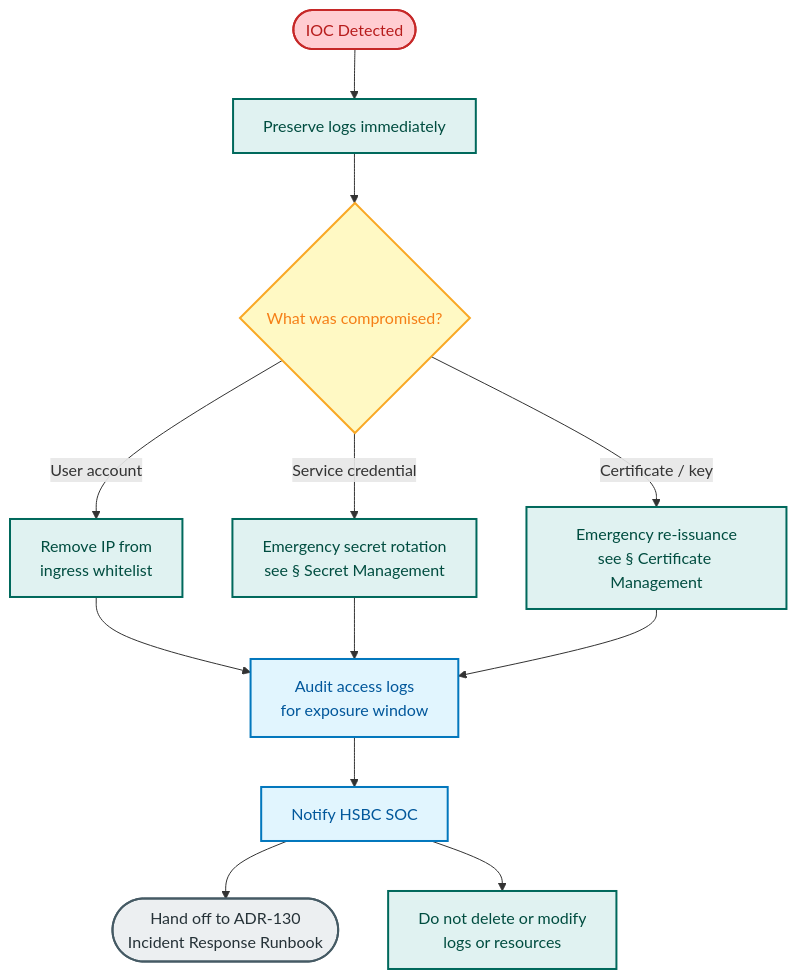
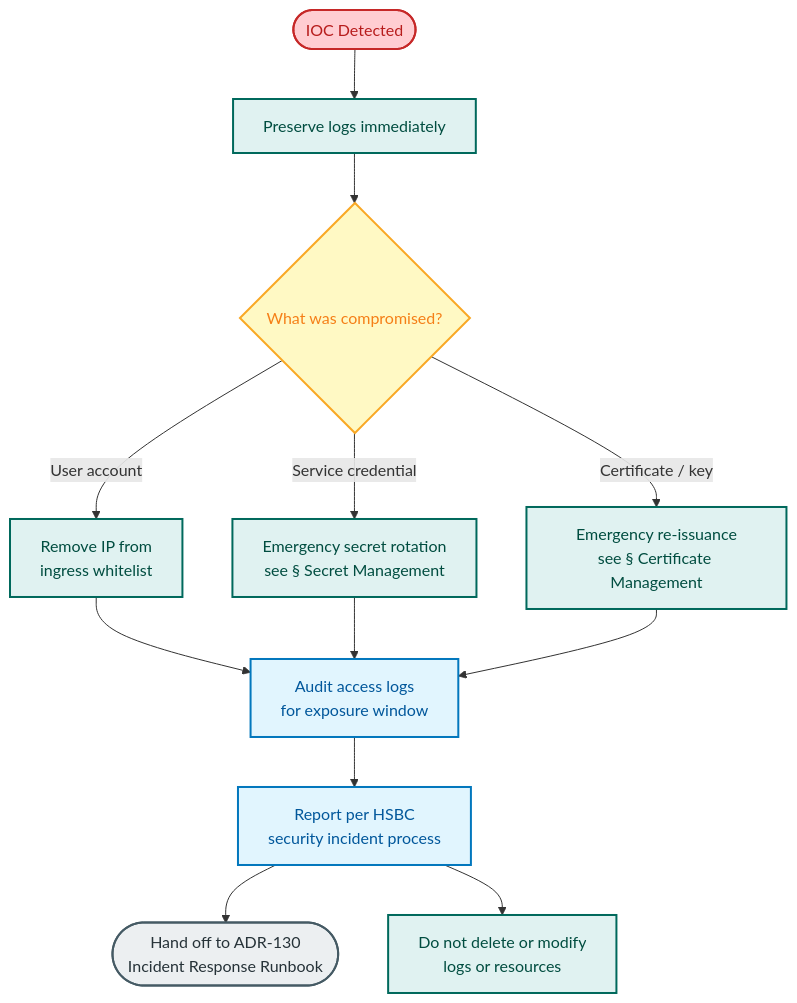
One commit to b4uharsha/newgraph changed the diagram in documentation/src/content/docs/operations/security-operations-runbook.md. Above: the diagram before and after it, drawn with Mermaid. The commit also changed other lines of this file and 88 other files, not shown here.

````diff
--- a/documentation/src/content/docs/operations/security-operations-runbook.md
+++ b/documentation/src/content/docs/operations/security-operations-runbook.md
@@ -458,30 +454,30 @@
 ```mermaid
 flowchart TD
     accTitle: Emergency Containment Flow
     accDescr: Decision tree for IOC response showing branching by compromise type and handoff to ADR-130
 
     classDef security fill:#E0F2F1,stroke:#00695C,stroke-width:2px,color:#004D40
     classDef error fill:#FFCDD2,stroke:#C62828,stroke-width:2px,color:#B71C1C
     classDef process fill:#E1F5FE,stroke:#0277BD,stroke-width:2px,color:#01579B
     classDef external fill:#ECEFF1,stroke:#455A64,stroke-width:2px,color:#263238
     classDef warning fill:#FFF9C4,stroke:#F9A825,stroke-width:2px,color:#F57F17
 
     IOC([IOC Detected]):::error
     LOGS[Preserve logs immediately]:::security
     ASSESS{What was compromised?}:::warning
 
     IOC --> LOGS --> ASSESS
 
     ASSESS -->|User account| BLOCK[Remove IP from<br/>ingress whitelist]:::security
     ASSESS -->|Service credential| ROTATE[Emergency secret rotation<br/>see § Secret Management]:::security
     ASSESS -->|Certificate / key| REISSUE[Emergency re-issuance<br/>see § Certificate Management]:::security
 
     BLOCK --> AUDIT
     ROTATE --> AUDIT
     REISSUE --> AUDIT
 
     AUDIT[Audit access logs<br/>for exposure window]:::process
-    AUDIT --> SOC[Notify HSBC SOC]:::process
+    AUDIT --> SOC[Report per HSBC<br/>security incident process]:::process
     SOC --> HANDOFF([Hand off to ADR-130<br/>Incident Response Runbook]):::external
     SOC --> PRESERVE[Do not delete or modify<br/>logs or resources]:::security
 ```
````
